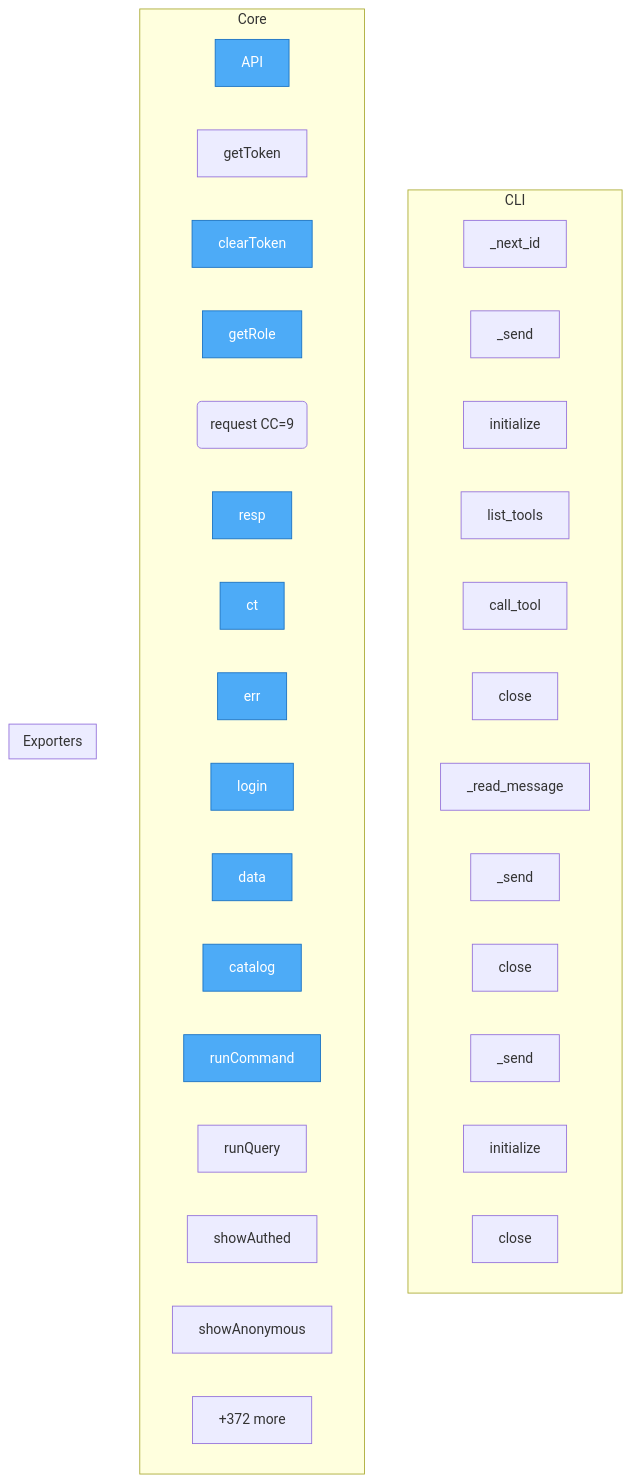
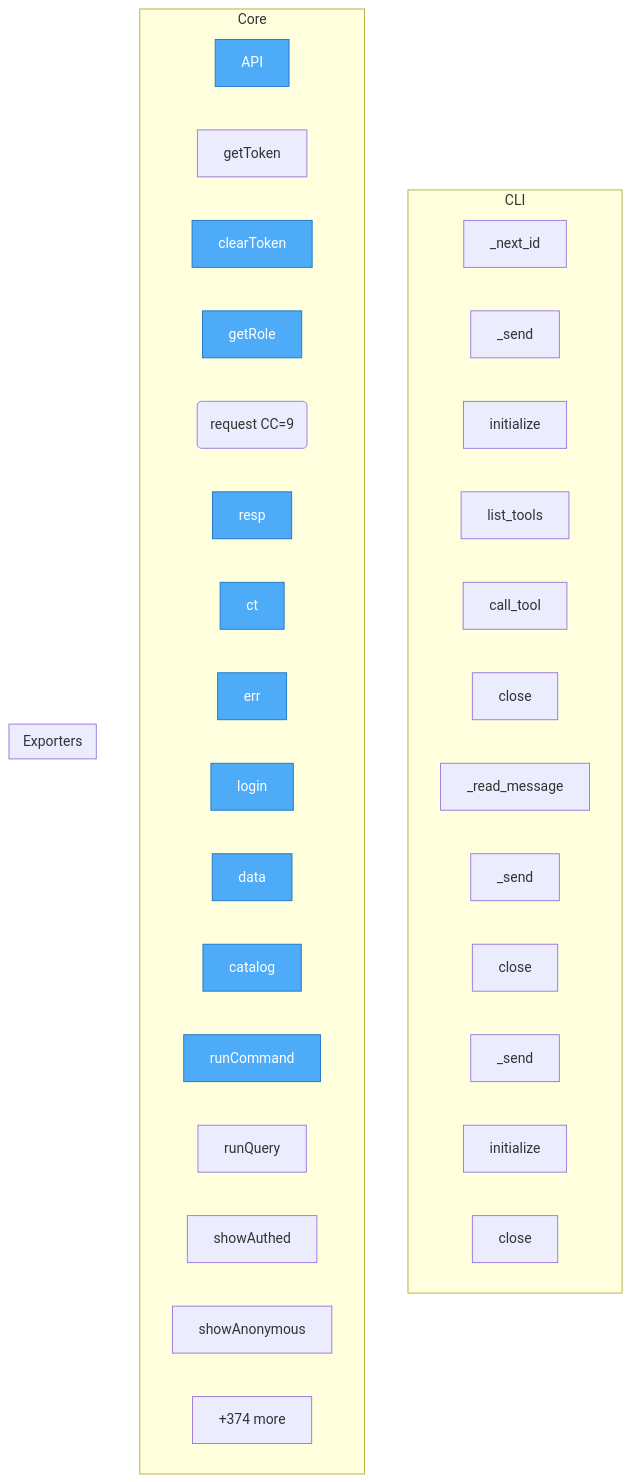
Before and after one commit to semcod/codot: the diagram in project/flow.mmd, drawn with Mermaid. The commit also changed 24 other files, not shown here.

```diff
--- a/project/flow.mmd
+++ b/project/flow.mmd
@@ -1,43 +1,43 @@
 flowchart TD
 
     %% Entry points (blue)
     classDef entry fill:#4dabf7,stroke:#1971c2,color:#fff
 
     subgraph CLI
         api__mcp_client__MCPClient___next_id["_next_id"]
         api__mcp_client__MCPClient___send["_send"]
         api__mcp_client__MCPClient__initialize["initialize"]
         api__mcp_client__MCPClient__list_tools["list_tools"]
         api__mcp_client__MCPClient__call_tool["call_tool"]
         api__mcp_client__MCPClient__close["close"]
         api__mcp_client__MCPStdioClient___read_message["_read_message"]
         api__mcp_client__MCPStdioClient___send["_send"]
         api__mcp_client__MCPStdioClient__close["close"]
         api__mcp_client__MCPSseClient___send["_send"]
         api__mcp_client__MCPSseClient__initialize["initialize"]
         api__mcp_client__MCPSseClient__close["close"]
     end
 
     subgraph Core
         frontend__html__js__api__API["API"]
         frontend__html__js__api__getToken["getToken"]
         frontend__html__js__api__clearToken["clearToken"]
         frontend__html__js__api__getRole["getRole"]
         frontend__html__js__api__request("request CC=9")
         frontend__html__js__api__resp["resp"]
         frontend__html__js__api__ct["ct"]
         frontend__html__js__api__err["err"]
         frontend__html__js__api__login["login"]
         frontend__html__js__api__data["data"]
         frontend__html__js__api__catalog["catalog"]
         frontend__html__js__api__runCommand["runCommand"]
         frontend__html__js__api__runQuery["runQuery"]
         frontend__html__js__app__showAuthed["showAuthed"]
         frontend__html__js__app__showAnonymous["showAnonymous"]
-        ...["+372 more"]
+        ...["+374 more"]
     end
 
     subgraph Exporters
     end
 
     class frontend__html__js__api__API,frontend__html__js__api__clearToken,frontend__html__js__api__getRole,frontend__html__js__api__resp,frontend__html__js__api__ct,frontend__html__js__api__err,frontend__html__js__api__login,frontend__html__js__api__data,frontend__html__js__api__catalog,frontend__html__js__api__runCommand entry
```
